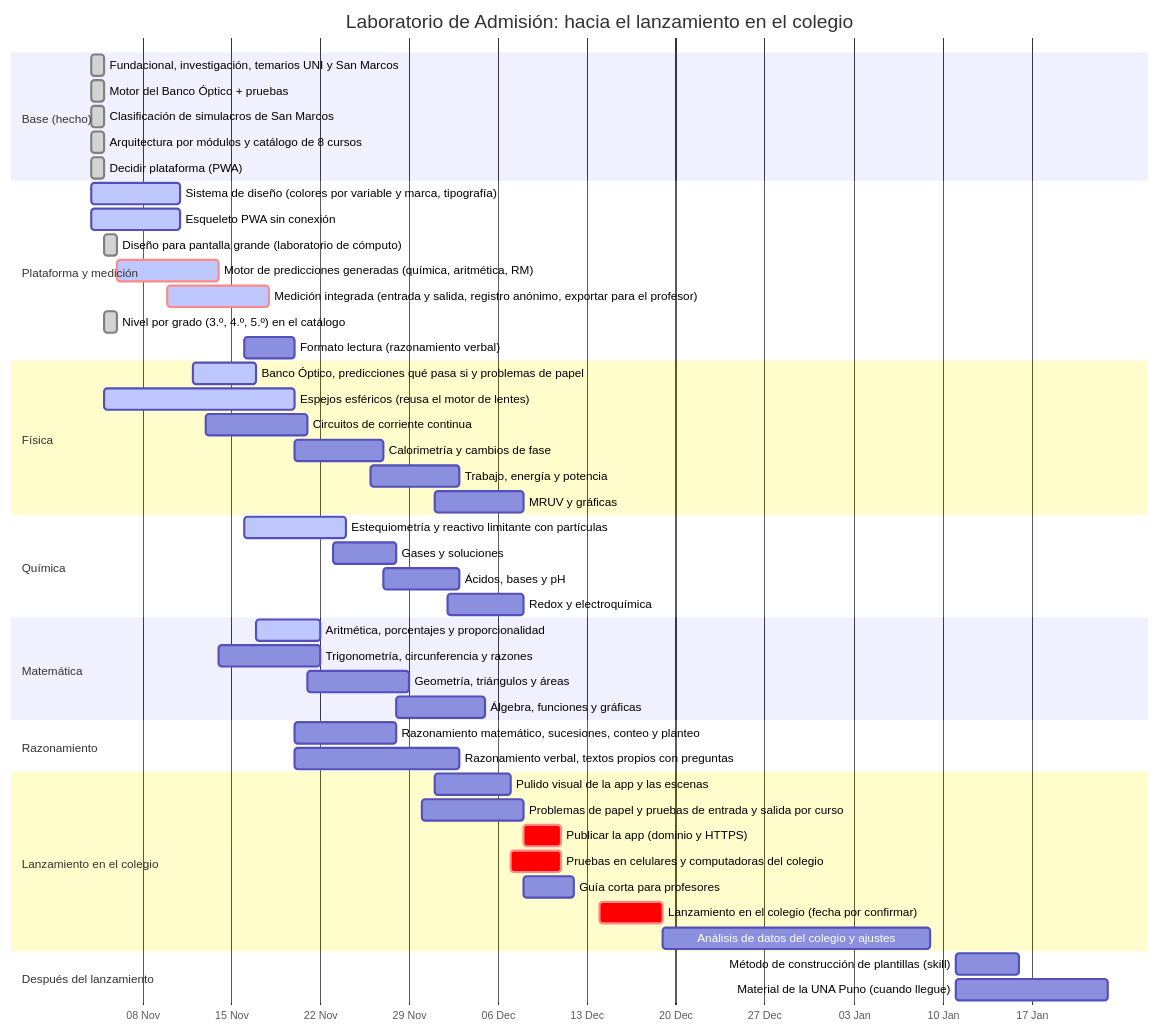
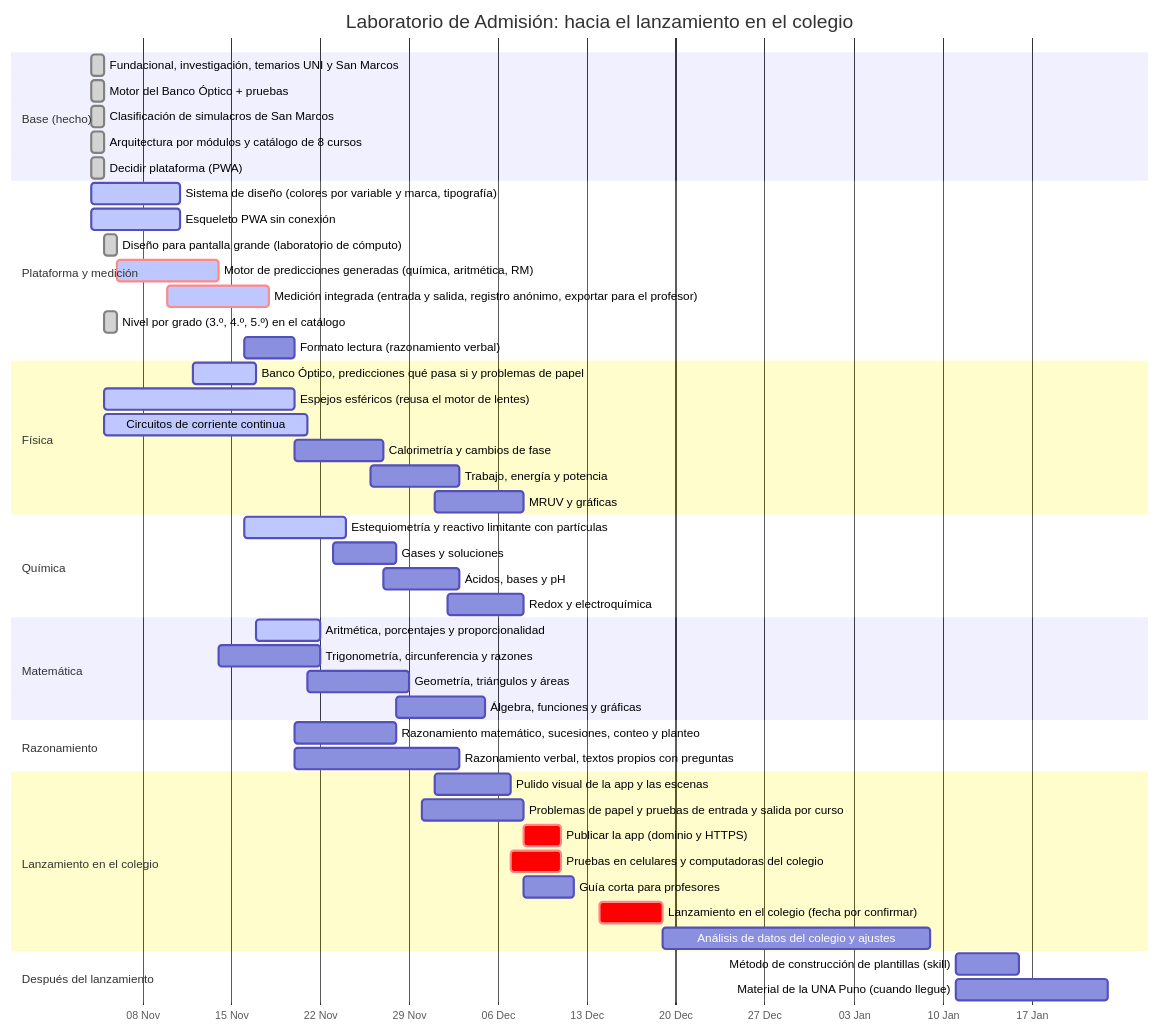
One commit to Eltiokarma/Mesa-de-Estudios changed the diagram in docs/hoja-de-ruta.md. Above: the diagram before and after it, drawn with Mermaid. The commit also changed 12 other files, not shown here.

First line of the commit message:
Circuitos de corriente continua: plantilla completa

````diff
--- a/docs/hoja-de-ruta.md
+++ b/docs/hoja-de-ruta.md
@@ -52,59 +52,59 @@
 ```mermaid
 gantt
     title Laboratorio de Admisión: hacia el lanzamiento en el colegio
     dateFormat  YYYY-MM-DD
     axisFormat  %d %b
 
     section Base (hecho)
     Fundacional, investigación, temarios UNI y San Marcos :done, f0a, 2026-11-04, 2026-11-05
     Motor del Banco Óptico + pruebas :done, f0b, 2026-11-04, 2026-11-05
     Clasificación de simulacros de San Marcos :done, f0c, 2026-11-04, 2026-11-05
     Arquitectura por módulos y catálogo de 8 cursos :done, f0g, 2026-11-04, 2026-11-05
     Decidir plataforma (PWA) :done, f0d, 2026-11-04, 2026-11-05
 
     section Plataforma y medición
     Sistema de diseño (colores por variable y marca, tipografía) :active, f0e, 2026-11-04, 2026-11-11
     Esqueleto PWA sin conexión :active, f0f, 2026-11-04, 2026-11-11
     Diseño para pantalla grande (laboratorio de cómputo) :done, pl1, 2026-11-05, 2026-11-06
     Motor de predicciones generadas (química, aritmética, RM) :active, crit, pl3, 2026-11-06, 2026-11-14
     Medición integrada (entrada y salida, registro anónimo, exportar para el profesor) :active, crit, pl2, 2026-11-10, 2026-11-18
     Nivel por grado (3.º, 4.º, 5.º) en el catálogo :done, pl5, 2026-11-05, 2026-11-06
     Formato lectura (razonamiento verbal) :pl4, 2026-11-16, 2026-11-20
 
     section Física
     Banco Óptico, predicciones qué pasa si y problemas de papel :active, fi1, 2026-11-12, 2026-11-17
     Espejos esféricos (reusa el motor de lentes) :active, fi5, 2026-11-05, 2026-11-20
-    Circuitos de corriente continua :fi2, 2026-11-13, 2026-11-21
+    Circuitos de corriente continua :active, fi2, 2026-11-05, 2026-11-21
     Calorimetría y cambios de fase :fi3, 2026-11-20, 2026-11-27
     Trabajo, energía y potencia :fi4, 2026-11-26, 2026-12-03
     MRUV y gráficas :fi6, 2026-12-01, 2026-12-08
 
     section Química
     Estequiometría y reactivo limitante con partículas :active, qu1, 2026-11-16, 2026-11-24
     Gases y soluciones :qu2, 2026-11-23, 2026-11-28
     Ácidos, bases y pH :qu3, 2026-11-27, 2026-12-03
     Redox y electroquímica :qu4, 2026-12-02, 2026-12-08
 
     section Matemática
     Aritmética, porcentajes y proporcionalidad :active, ma4, 2026-11-17, 2026-11-22
     Trigonometría, circunferencia y razones :ma1, 2026-11-14, 2026-11-22
     Geometría, triángulos y áreas :ma2, 2026-11-21, 2026-11-29
     Álgebra, funciones y gráficas :ma3, 2026-11-28, 2026-12-05
 
     section Razonamiento
     Razonamiento matemático, sucesiones, conteo y planteo :ra1, 2026-11-20, 2026-11-28
     Razonamiento verbal, textos propios con preguntas :ra2, 2026-11-20, 2026-12-03
 
     section Lanzamiento en el colegio
     Pulido visual de la app y las escenas :pl6, 2026-12-01, 2026-12-07
     Problemas de papel y pruebas de entrada y salida por curso :la1, 2026-11-30, 2026-12-08
     Publicar la app (dominio y HTTPS) :crit, la3, 2026-12-08, 2026-12-11
     Pruebas en celulares y computadoras del colegio :crit, la2, 2026-12-07, 2026-12-11
     Guía corta para profesores :la4, 2026-12-08, 2026-12-12
     Lanzamiento en el colegio (fecha por confirmar) :crit, la5, 2026-12-14, 2026-12-19
     Análisis de datos del colegio y ajustes :la6, 2026-12-19, 2027-01-09
 
     section Después del lanzamiento
     Método de construcción de plantillas (skill) :f2a, 2027-01-11, 2027-01-16
     Material de la UNA Puno (cuando llegue) :f2c, 2027-01-11, 2027-01-23
 ```
````
